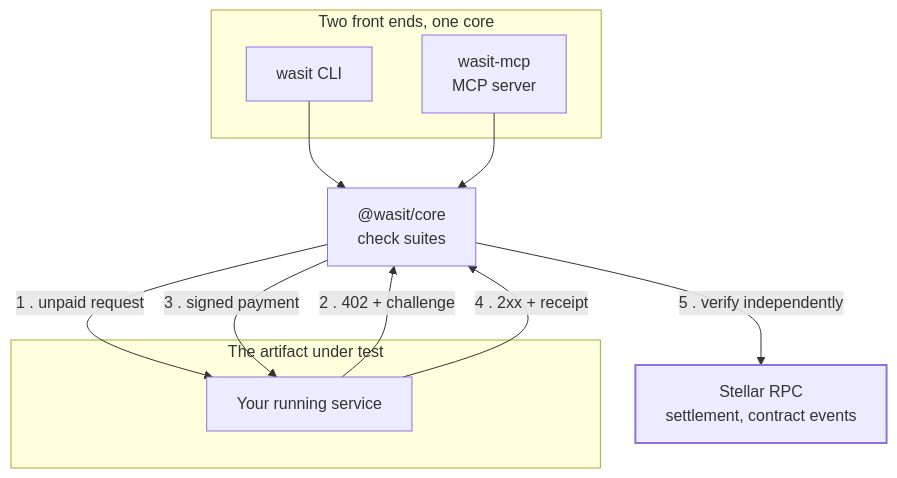
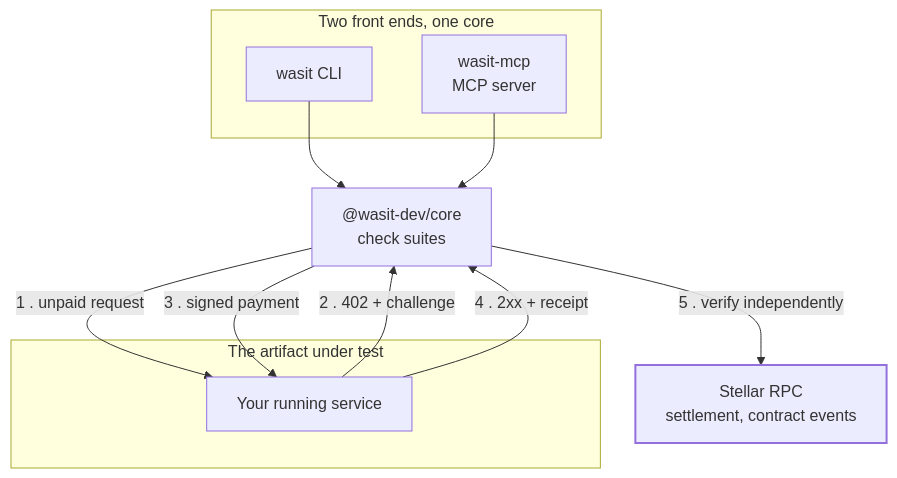
One commit to dzakwannajmi/wasit changed the diagram in README.md. Above: the diagram before and after it, drawn with Mermaid. The commit also changed other lines of this file and 8 other files, not shown here.

First line of the commit message:
chore(npm): publish core, cli, and server under the @wasit-dev org

````diff
--- a/README.md
+++ b/README.md
@@ -44,25 +44,25 @@
 ```mermaid
 flowchart TB
     subgraph interfaces["Two front ends, one core"]
         CLI["wasit CLI"]
         MCP["wasit-mcp<br/>MCP server"]
     end
 
-    CORE["@wasit/core<br/>check suites"]
+    CORE["@wasit-dev/core<br/>check suites"]
 
     subgraph target["The artifact under test"]
         SVC["Your running service"]
     end
 
     CHAIN["Stellar RPC<br/>settlement, contract events"]
 
     CLI --> CORE
     MCP --> CORE
     CORE -->|"1 . unpaid request"| SVC
     SVC -->|"2 . 402 + challenge"| CORE
     CORE -->|"3 . signed payment"| SVC
     SVC -->|"4 . 2xx + receipt"| CORE
     CORE -->|"5 . verify independently"| CHAIN
 
     style CHAIN stroke-width:2px
 ```
````
